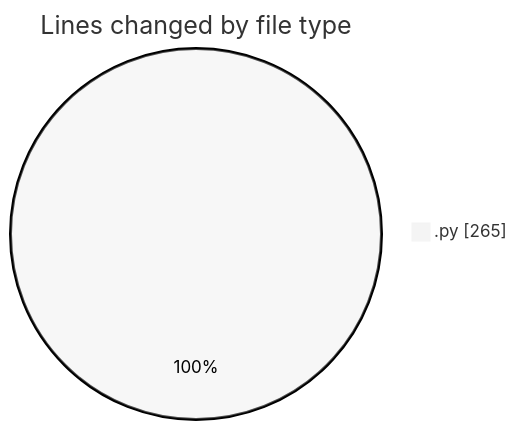
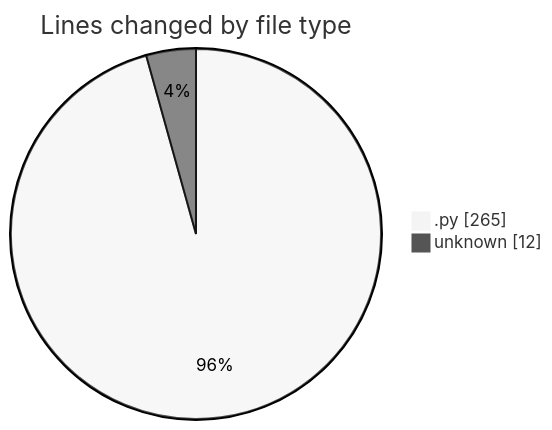
The first of 2 diagrams in 2025-03-17/myws__workspace_/README.md (MatusMokan/code-tracking), drawn with Mermaid (neutral theme) before and after one commit. The commit also changed other lines of this file and 1 other file, not shown here.

````diff
--- a/2025-03-17/myws__workspace_/README.md
+++ b/2025-03-17/myws__workspace_/README.md
@@ -21,5 +22,6 @@
 ```mermaid
 pie showData
 title Lines changed by file type
 ".py" : 265
+"unknown" : 12
 ```
````
